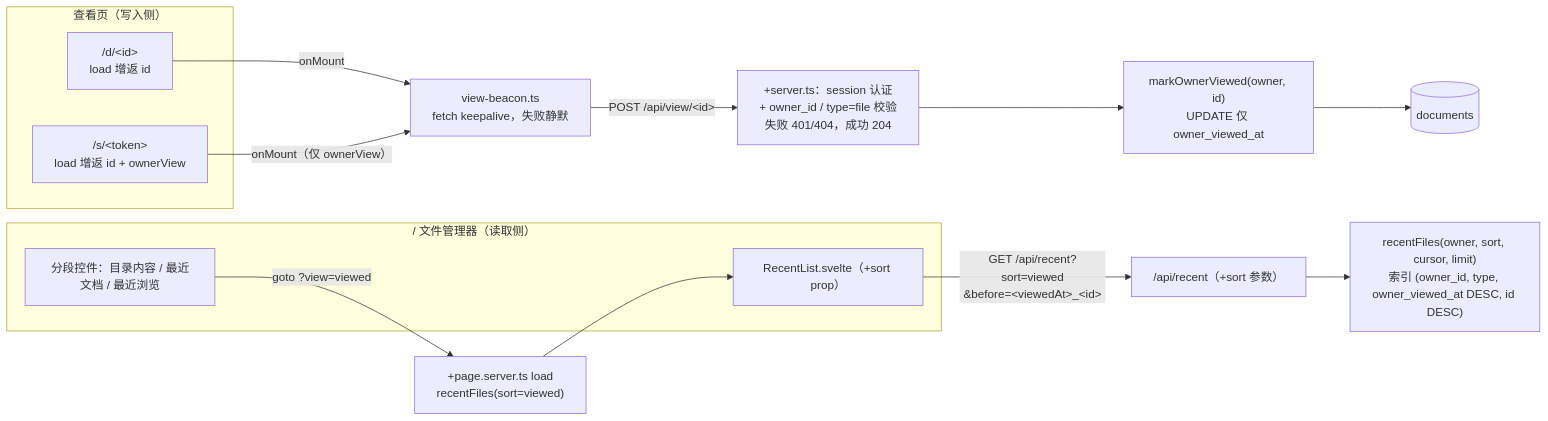
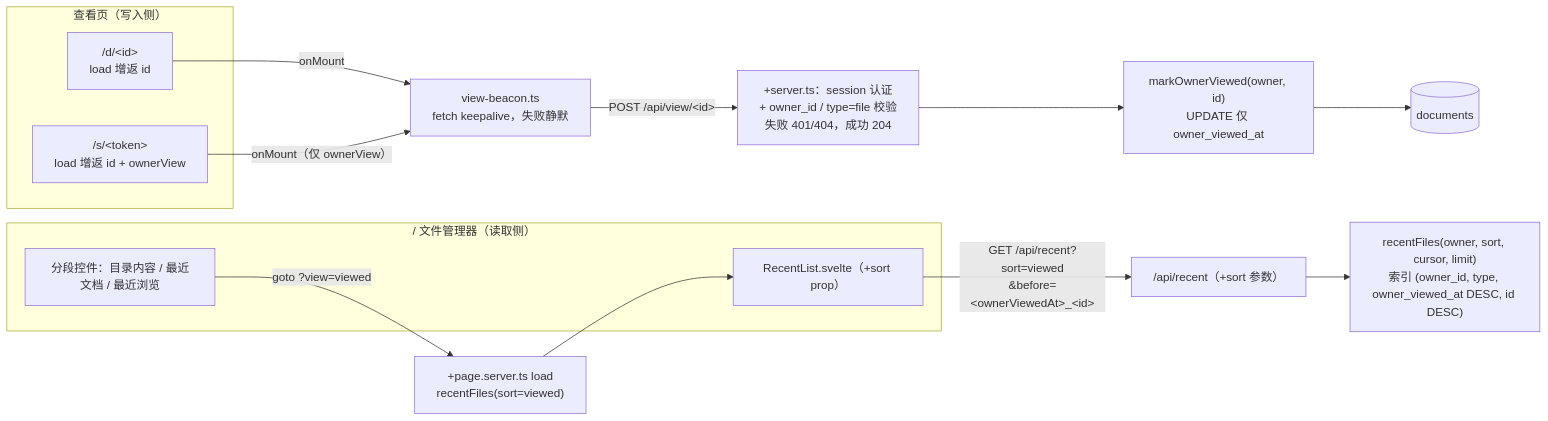
Before and after one commit to earneet/remote-reader: the diagram in docs/superpowers/specs/2026-09-12-recently-viewed-design.md, drawn with Mermaid. The commit also changed other lines of this file, not shown here.

First line of the commit message:
docs: spec 审查修正——索引创建移至列兜底后防存量库启动崩 + RecentDoc 字段定名 ownerViewedAt 零映射

````diff
--- a/docs/superpowers/specs/2026-09-12-recently-viewed-design.md
+++ b/docs/superpowers/specs/2026-09-12-recently-viewed-design.md
@@ -50,20 +50,20 @@
 ```mermaid
 flowchart LR
     subgraph PAGES["查看页（写入侧）"]
         D["/d/&lt;id&gt;<br/>load 增返 id"]
         S["/s/&lt;token&gt;<br/>load 增返 id + ownerView"]
     end
     D -->|onMount| B
     S -->|"onMount（仅 ownerView）"| B
     B["view-beacon.ts<br/>fetch keepalive，失败静默"] -->|"POST /api/view/&lt;id&gt;"| E
     E["+server.ts：session 认证<br/>+ owner_id / type=file 校验<br/>失败 401/404，成功 204"] --> M
     M["markOwnerViewed(owner, id)<br/>UPDATE 仅 owner_viewed_at"] --> DB[(documents)]
     subgraph FM["/ 文件管理器（读取侧）"]
         SEG["分段控件：目录内容 / 最近文档 / 最近浏览"]
         RL["RecentList.svelte（+sort prop）"]
     end
     SEG -->|"goto ?view=viewed"| L["+page.server.ts load<br/>recentFiles(sort=viewed)"]
     L --> RL
-    RL -->|"GET /api/recent?sort=viewed<br/>&amp;before=&lt;viewedAt&gt;_&lt;id&gt;"| API["/api/recent（+sort 参数）"]
+    RL -->|"GET /api/recent?sort=viewed<br/>&amp;before=&lt;ownerViewedAt&gt;_&lt;id&gt;"| API["/api/recent（+sort 参数）"]
     API --> RF["recentFiles(owner, sort, cursor, limit)<br/>索引 (owner_id, type, owner_viewed_at DESC, id DESC)"]
 ```
````
